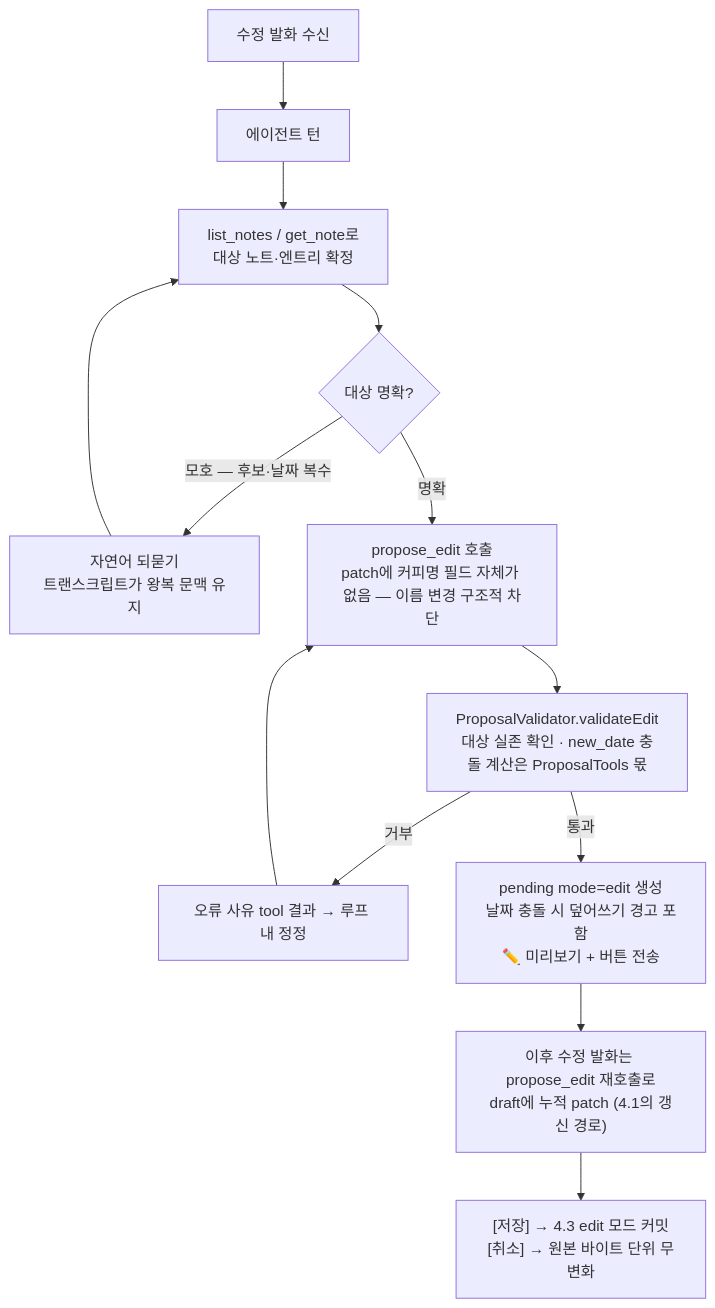
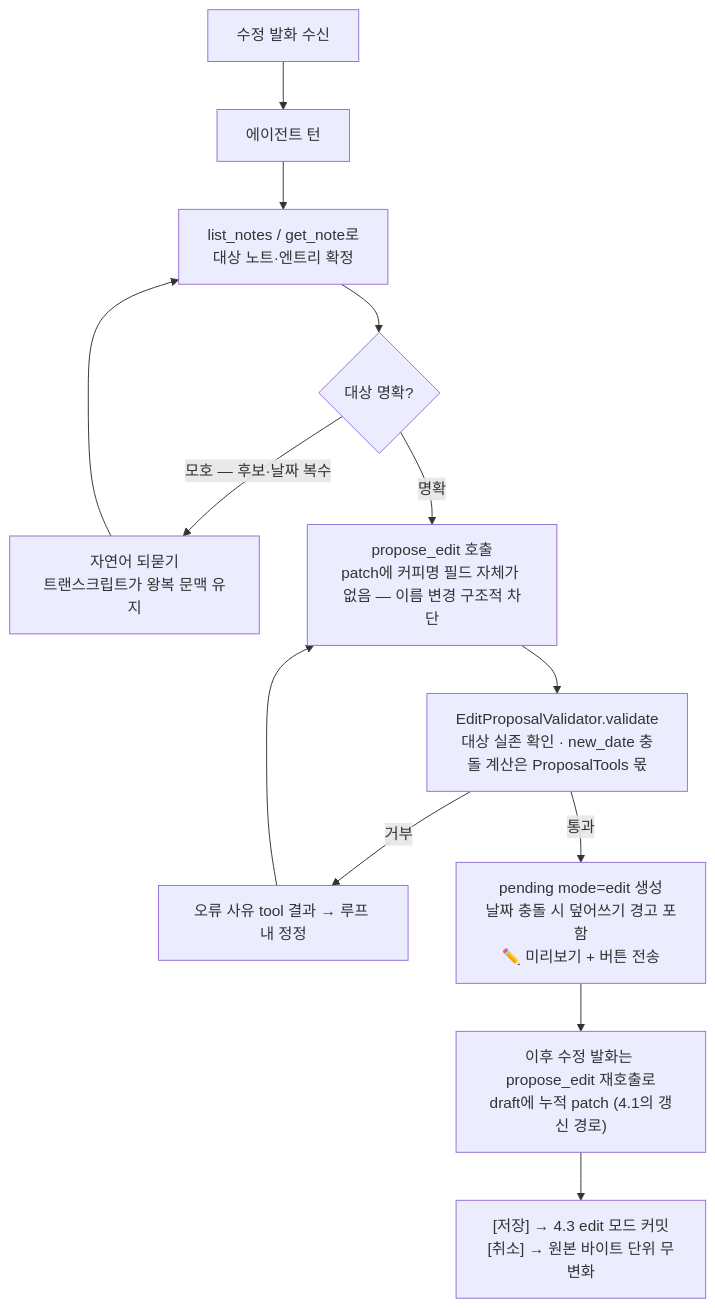
The sixth of 8 diagrams in docs/architecture-classes-and-flows.md (devwuu/mocha), drawn with Mermaid before and after one commit. The commit also changed other lines of this file and 22 other files, not shown here.

Commit message:
TΔ2b2 검증 진입점 분할 — `RecordProposalValidator`·`EditProposalValidator`

````diff
--- a/docs/architecture-classes-and-flows.md
+++ b/docs/architecture-classes-and-flows.md
@@ -444,13 +444,13 @@
 ```mermaid
 flowchart TB
     A[수정 발화 수신] --> B[에이전트 턴]
     B --> C[list_notes / get_note로<br/>대상 노트·엔트리 확정]
     C --> D{대상 명확?}
     D -->|모호 — 후보·날짜 복수| E[자연어 되묻기<br/>트랜스크립트가 왕복 문맥 유지] --> C
     D -->|명확| F[propose_edit 호출<br/>patch에 커피명 필드 자체가 없음 — 이름 변경 구조적 차단]
-    F --> G[ProposalValidator.validateEdit<br/>대상 실존 확인 · new_date 충돌 계산은 ProposalTools 몫]
+    F --> G[EditProposalValidator.validate<br/>대상 실존 확인 · new_date 충돌 계산은 ProposalTools 몫]
     G -->|거부| H[오류 사유 tool 결과 → 루프 내 정정] --> F
     G -->|통과| I[pending mode=edit 생성<br/>날짜 충돌 시 덮어쓰기 경고 포함<br/>✏️ 미리보기 + 버튼 전송]
     I --> J["이후 수정 발화는 propose_edit 재호출로<br/>draft에 누적 patch (4.1의 갱신 경로)"]
     J --> K["[저장] → 4.3 edit 모드 커밋<br/>[취소] → 원본 바이트 단위 무변화"]
 ```
````
